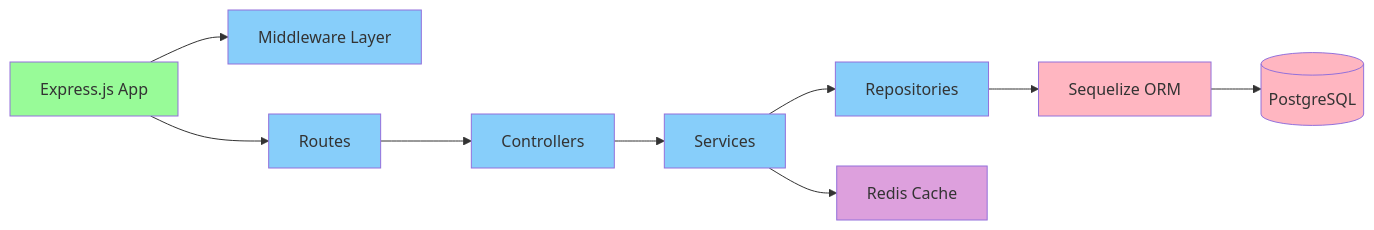
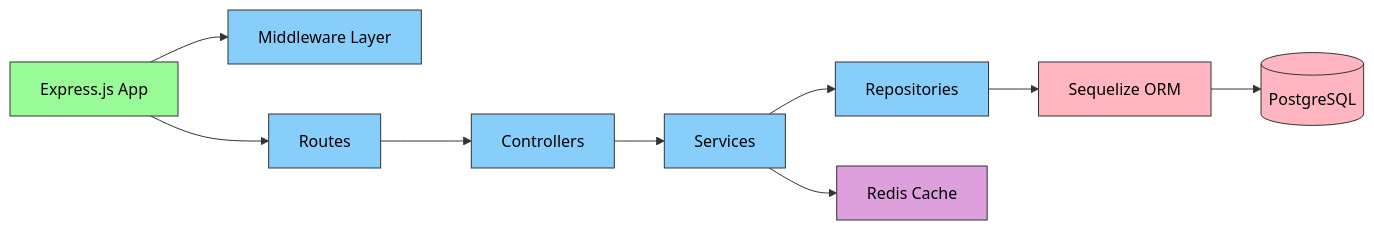
The second of 8 diagrams in SOLUTION_SUMMARY.md (aryan083/pokedex), drawn with Mermaid before and after one commit. The commit also changed other lines of this file, not shown here.

Commit message:
Add SVG diagrams exported from mermaid charts in SOLUTION_SUMMARY.md

````diff
--- a/SOLUTION_SUMMARY.md
+++ b/SOLUTION_SUMMARY.md
@@ -27,21 +27,21 @@
 ```mermaid
 graph LR
     A[Express.js App] --> B[Middleware Layer]
     A --> C[Routes]
     C --> D[Controllers]
     D --> E[Services]
     E --> F[Repositories]
     F --> G[Sequelize ORM]
     G --> H[(PostgreSQL)]
     E --> I[Redis Cache]
     
-    style A fill:#98FB98
-    style B fill:#87CEFA
-    style C fill:#87CEFA
-    style D fill:#87CEFA
-    style E fill:#87CEFA
-    style F fill:#87CEFA
-    style G fill:#FFB6C1
-    style H fill:#FFB6C1
-    style I fill:#DDA0DD
+    style A fill:#98FB98,stroke:#333,color:#000
+    style B fill:#87CEFA,stroke:#333,color:#000
+    style C fill:#87CEFA,stroke:#333,color:#000
+    style D fill:#87CEFA,stroke:#333,color:#000
+    style E fill:#87CEFA,stroke:#333,color:#000
+    style F fill:#87CEFA,stroke:#333,color:#000
+    style G fill:#FFB6C1,stroke:#333,color:#000
+    style H fill:#FFB6C1,stroke:#333,color:#000
+    style I fill:#DDA0DD,stroke:#333,color:#000
 ```
````
